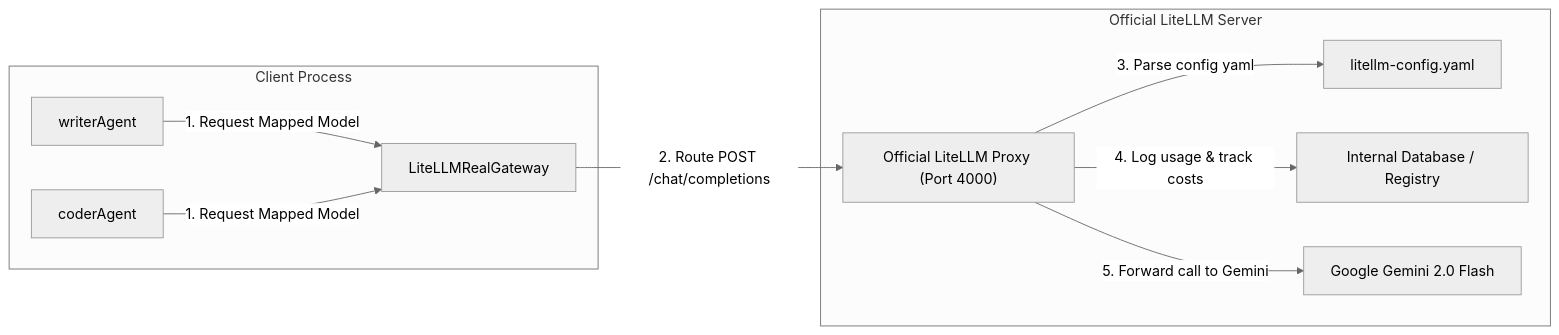
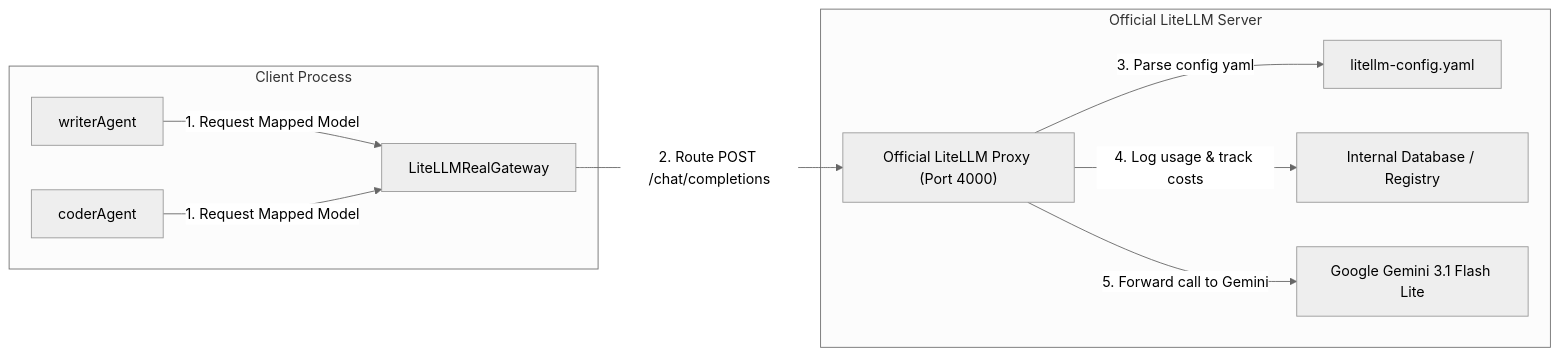
Before and after one commit to adhulappanavar/mastra-learning: diagram 18 of 19 in examples_guide.md, drawn with Mermaid (neutral theme). The commit also changed other lines of this file, not shown here.

Commit message:
docs: align model names in examples guide to gemini-3.1-flash-lite

````diff
--- a/examples_guide.md
+++ b/examples_guide.md
@@ -592,15 +592,15 @@
 ```mermaid
 graph LR
     subgraph Client Process
         Writer["writerAgent"] -->|1. Request Mapped Model| Gateway["LiteLLMRealGateway"]
         Coder["coderAgent"] -->|1. Request Mapped Model| Gateway
     end
     
     Gateway -->|2. Route POST /chat/completions| Proxy["Official LiteLLM Proxy (Port 4000)"]
     
     subgraph Official LiteLLM Server
         Proxy -->|3. Parse config yaml| Config["litellm-config.yaml"]
         Proxy -->|4. Log usage & track costs| DB["Internal Database / Registry"]
-        Proxy -->|5. Forward call to Gemini| Gemini["Google Gemini 2.0 Flash"]
+        Proxy -->|5. Forward call to Gemini| Gemini["Google Gemini 3.1 Flash Lite"]
     end
 ```
````
